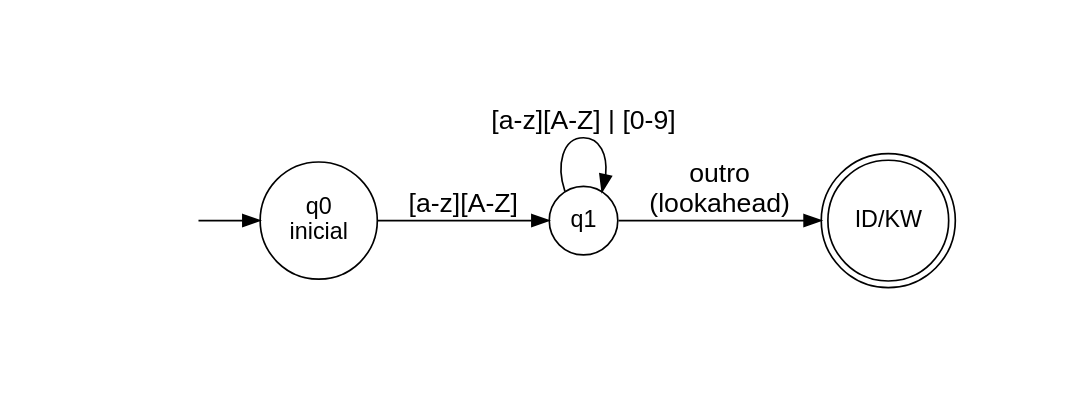
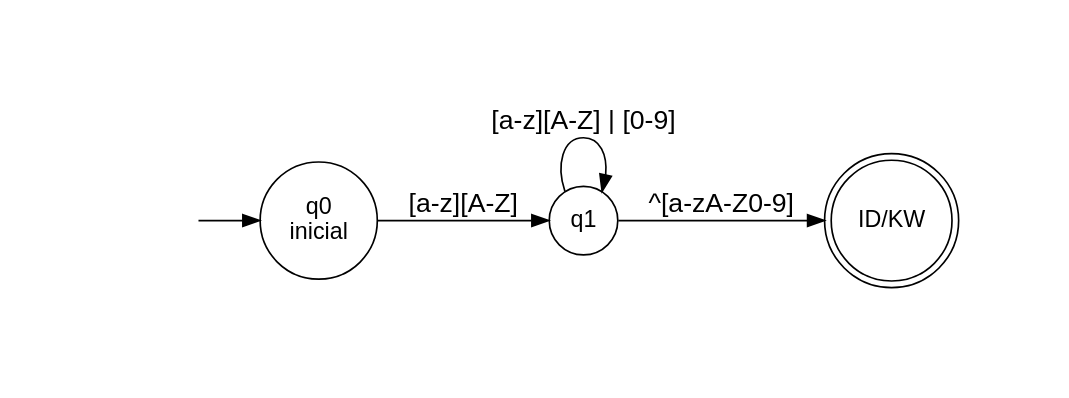
Before and after one commit to miguelhenriquecbl/LINGUAGENS-FORMAIS-AUT-MATOS-E-COMPILADORES: the diagram in Trabalho/analisador-lexico/AFDs/codigo/afd_identificadores.dot, drawn with Graphviz. The commit also changed 18 other files, not shown here.

```diff
--- a/Trabalho/analisador-lexico/AFDs/codigo/afd_identificadores.dot
+++ b/Trabalho/analisador-lexico/AFDs/codigo/afd_identificadores.dot
@@ -1,28 +1,28 @@
 digraph afd_identificadores {
     rankdir=LR;
     nodesep=0.4;
     pad=0.8;
     node [shape=circle, fontname="Arial"];
     edge [fontname="Arial", fontsize=16];
 
     /* estado invisível pra seta de entrada */
     inicio [shape=none, label=""];
 
     /* Estado Inicial */
     q0 [label="q0\ninicial"];
 
     /* estados intermediários */
     q1 [label="q1"];
 
     /* Palavras reservadas, Identificador e Tipos Números  */
     qID_KW [shape=doublecircle label="ID/KW"];
 
     /* seta de entrada */
     inicio -> q0;
 
     /* q0 -> estados intermediários */
     q0 -> q1 [label="[a-z][A-Z]"];
     q1 -> q1 [label="[a-z][A-Z] | [0-9]"];
-    q1 -> qID_KW [label="outro\n(lookahead)"];
+    q1 -> qID_KW [label="^[a-zA-Z0-9]"];
 
 }
```
